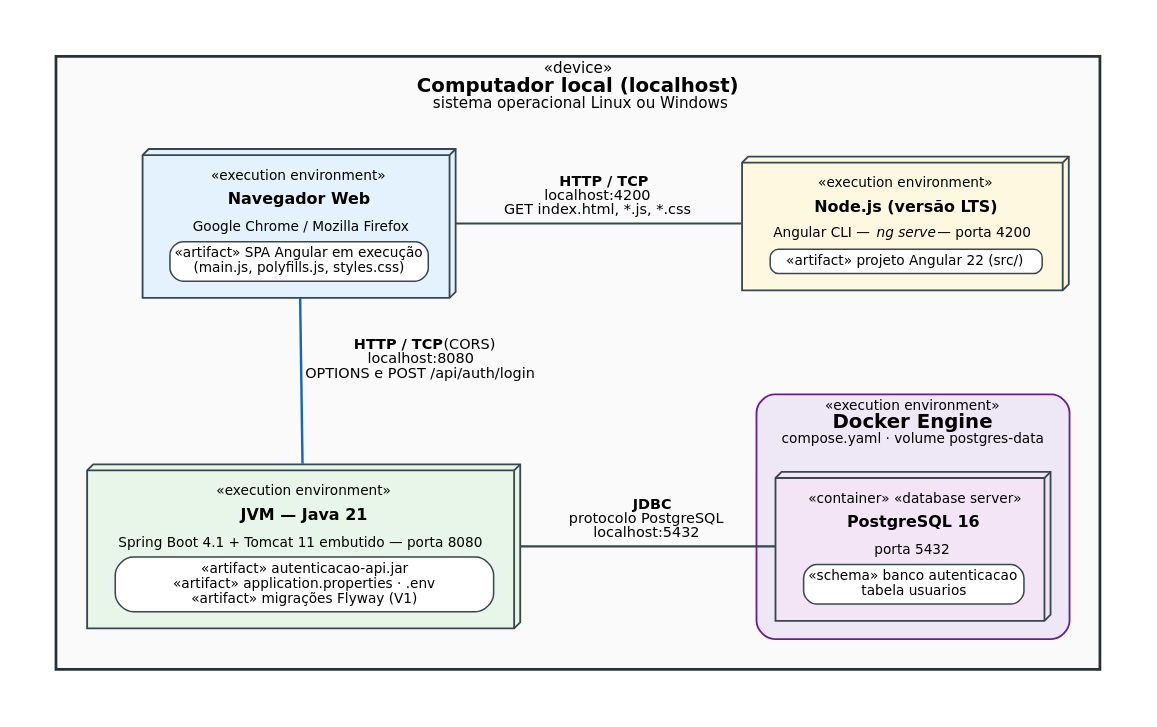
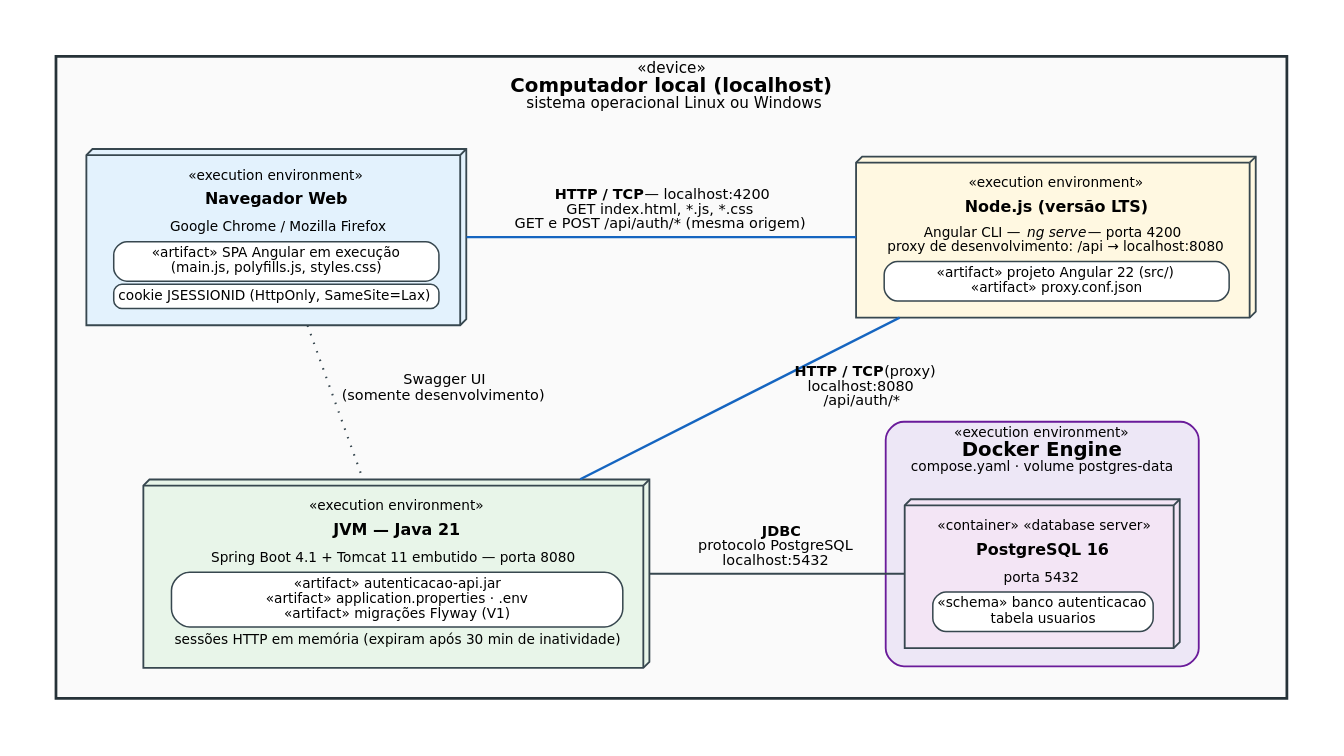
Before and after one commit to claudioferreira23/software-autenticacao-web: the diagram in docs/diagramas/fig-2.2-implantacao.dot, drawn with Graphviz. The commit also changed 5 other files, not shown here.

First line of the commit message:
docs: atualiza diagramas para cadastro, sessão, CSRF e limite de tentativas

```diff
--- a/docs/diagramas/fig-2.2-implantacao.dot
+++ b/docs/diagramas/fig-2.2-implantacao.dot
@@ -1,56 +1,58 @@
-// Figura — Diagrama de implantação (item 2.2)
 digraph implantacao {
   graph [rankdir=TB, fontname="DejaVu Sans", fontsize=13, nodesep=0.8, ranksep=0.75,
          bgcolor="white", pad=0.3, newrank=true, splines=spline];
   node  [fontname="DejaVu Sans", fontsize=10.5, shape=box3d, style="filled",
          fillcolor="#FFFFFF", color="#37474F", penwidth=1.2, margin="0.22,0.12"];
   edge  [fontname="DejaVu Sans", fontsize=9.5, color="#37474F", penwidth=1.4, arrowhead=none];
 
   subgraph cluster_host {
     label=<<FONT POINT-SIZE="10">«device»</FONT><BR/><B>Computador local (localhost)</B><BR/><FONT POINT-SIZE="10">sistema operacional Linux ou Windows</FONT>>;
     style="filled"; fillcolor="#FAFAFA"; color="#263238"; penwidth=1.8; margin=20;
 
     browser [fillcolor="#E3F2FD", label=<
       <TABLE BORDER="0" CELLSPACING="2">
         <TR><TD><FONT POINT-SIZE="9">«execution environment»</FONT></TD></TR>
         <TR><TD><B>Navegador Web</B></TD></TR>
         <TR><TD><FONT POINT-SIZE="9">Google Chrome / Mozilla Firefox</FONT></TD></TR>
         <TR><TD BORDER="1" BGCOLOR="#FFFFFF" STYLE="rounded"><FONT POINT-SIZE="9">«artifact» SPA Angular em execução<BR/>(main.js, polyfills.js, styles.css)</FONT></TD></TR>
+        <TR><TD BORDER="1" BGCOLOR="#FFFFFF" STYLE="rounded"><FONT POINT-SIZE="9">cookie JSESSIONID (HttpOnly, SameSite=Lax)</FONT></TD></TR>
       </TABLE>>];
 
     node_rt [fillcolor="#FFF8E1", label=<
       <TABLE BORDER="0" CELLSPACING="2">
         <TR><TD><FONT POINT-SIZE="9">«execution environment»</FONT></TD></TR>
         <TR><TD><B>Node.js (versão LTS)</B></TD></TR>
-        <TR><TD><FONT POINT-SIZE="9">Angular CLI — <I>ng serve</I> — porta 4200</FONT></TD></TR>
-        <TR><TD BORDER="1" BGCOLOR="#FFFFFF" STYLE="rounded"><FONT POINT-SIZE="9">«artifact» projeto Angular 22 (src/)</FONT></TD></TR>
+        <TR><TD><FONT POINT-SIZE="9">Angular CLI — <I>ng serve</I> — porta 4200<BR/>proxy de desenvolvimento: /api → localhost:8080</FONT></TD></TR>
+        <TR><TD BORDER="1" BGCOLOR="#FFFFFF" STYLE="rounded"><FONT POINT-SIZE="9">«artifact» projeto Angular 22 (src/)<BR/>«artifact» proxy.conf.json</FONT></TD></TR>
       </TABLE>>];
 
     jvm [fillcolor="#E8F5E9", label=<
       <TABLE BORDER="0" CELLSPACING="2">
         <TR><TD><FONT POINT-SIZE="9">«execution environment»</FONT></TD></TR>
         <TR><TD><B>JVM — Java 21</B></TD></TR>
         <TR><TD><FONT POINT-SIZE="9">Spring Boot 4.1 + Tomcat 11 embutido — porta 8080</FONT></TD></TR>
         <TR><TD BORDER="1" BGCOLOR="#FFFFFF" STYLE="rounded"><FONT POINT-SIZE="9">«artifact» autenticacao-api.jar<BR/>«artifact» application.properties · .env<BR/>«artifact» migrações Flyway (V1)</FONT></TD></TR>
+        <TR><TD><FONT POINT-SIZE="9">sessões HTTP em memória (expiram após 30 min de inatividade)</FONT></TD></TR>
       </TABLE>>];
 
     subgraph cluster_docker {
       label=<<FONT POINT-SIZE="9">«execution environment»</FONT><BR/><B>Docker Engine</B><BR/><FONT POINT-SIZE="9">compose.yaml · volume postgres-data</FONT>>;
       style="filled,rounded"; fillcolor="#EDE7F6"; color="#6A1B9A"; penwidth=1.2; margin=12;
       pg [fillcolor="#F3E5F5", label=<
       <TABLE BORDER="0" CELLSPACING="2">
         <TR><TD><FONT POINT-SIZE="9">«container» «database server»</FONT></TD></TR>
         <TR><TD><B>PostgreSQL 16</B></TD></TR>
         <TR><TD><FONT POINT-SIZE="9">porta 5432</FONT></TD></TR>
         <TR><TD BORDER="1" BGCOLOR="#FFFFFF" STYLE="rounded"><FONT POINT-SIZE="9">«schema» banco autenticacao<BR/>tabela usuarios</FONT></TD></TR>
       </TABLE>>];
     }
 
     { rank=same; browser; node_rt; }
     { rank=same; jvm; pg; }
   }
 
-  browser -> node_rt [label=<  <B>HTTP / TCP</B><BR/>  localhost:4200<BR/>  GET index.html, *.js, *.css>];
-  browser -> jvm     [label=<  <B>HTTP / TCP</B> (CORS)<BR/>  localhost:8080<BR/>  OPTIONS e POST /api/auth/login>, color="#1565C0", penwidth=1.6];
+  browser -> node_rt [label=<  <B>HTTP / TCP</B> — localhost:4200<BR/>  GET index.html, *.js, *.css<BR/>  GET e POST /api/auth/* (mesma origem)>, color="#1565C0", penwidth=1.6];
+  node_rt -> jvm     [label=<  <B>HTTP / TCP</B> (proxy)<BR/>  localhost:8080<BR/>  /api/auth/*>, color="#1565C0", penwidth=1.6];
+  browser -> jvm     [label=<  Swagger UI<BR/>  (somente desenvolvimento)>, style=dotted];
   jvm -> pg          [label=<  <B>JDBC</B><BR/>  protocolo PostgreSQL<BR/>  localhost:5432>];
 }
```
